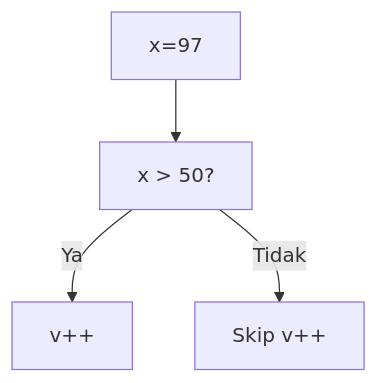
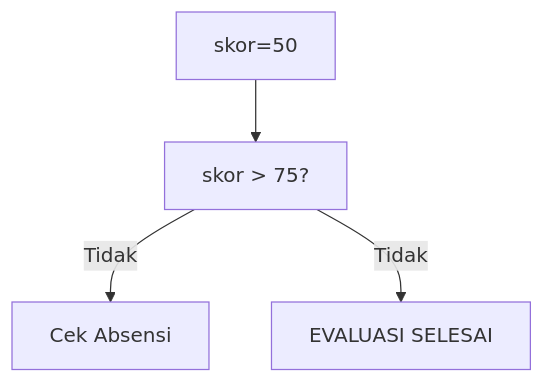
The first of 25 diagrams in part-c-pemahaman-cpp/02-percabangan/latihan/set-09.md (amnahwaida/OSNK_INF_PREP), drawn with Mermaid before and after one commit. The commit also changed other lines of this file and 71 other files, not shown here.

````diff
--- a/part-c-pemahaman-cpp/02-percabangan/latihan/set-09.md
+++ b/part-c-pemahaman-cpp/02-percabangan/latihan/set-09.md
@@ -21,6 +22,6 @@
 ```mermaid
 graph TD
-A["x=97"] --> B["x > 50?"]
-B -- Ya --> C["v++"]
-B -- Tidak --> D["Skip v++"]
+A["skor=50"] --> B["skor > 75?"]
+B -- Tidak --> C["Cek Absensi"]
+B -- Tidak --> D["EVALUASI SELESAI"]
 ```
````
